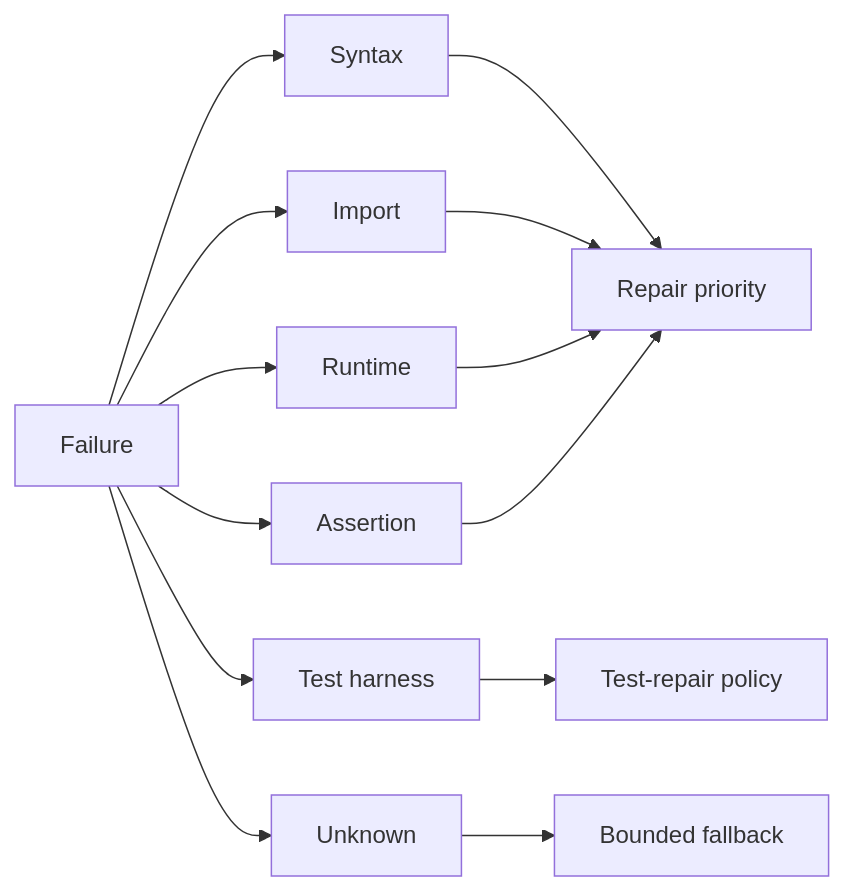
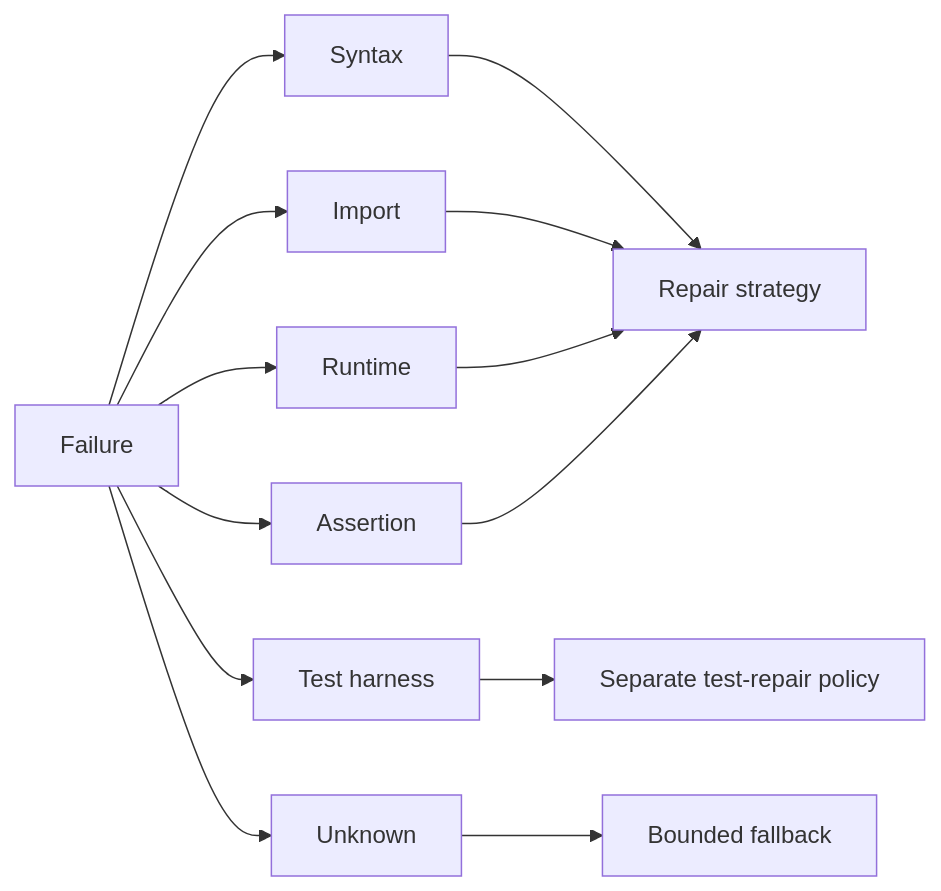
Before and after one commit to cagataykavas/agentic-migrator: the second of 2 diagrams in README.md, drawn with Mermaid. The commit also changed other lines of this file, not shown here.

````diff
--- a/README.md
+++ b/README.md
@@ -222,16 +218,16 @@
 ```mermaid
 flowchart LR
     F[Failure] --> S[Syntax]
     F --> I[Import]
     F --> R[Runtime]
     F --> A[Assertion]
     F --> H[Test harness]
     F --> U[Unknown]
 
-    S --> P[Repair priority]
+    S --> P[Repair strategy]
     I --> P
     R --> P
     A --> P
-    H --> T[Test-repair policy]
+    H --> T[Separate test-repair policy]
     U --> B[Bounded fallback]
 ```
````
